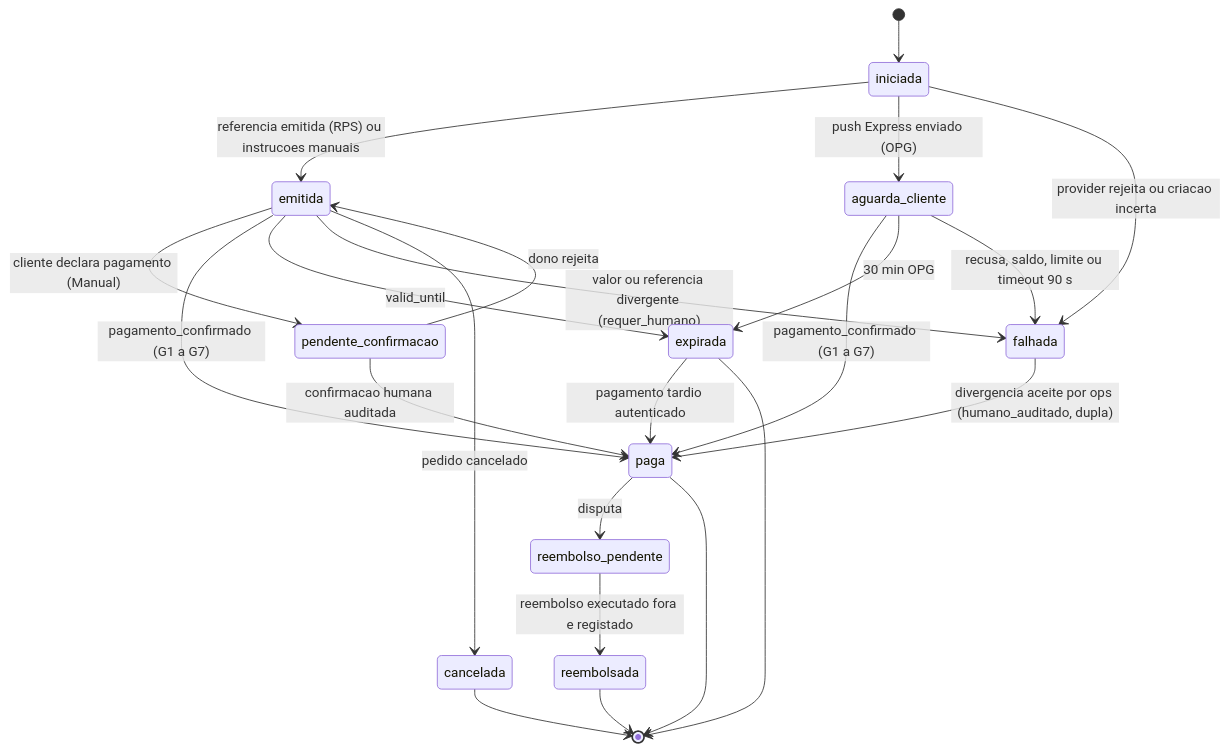
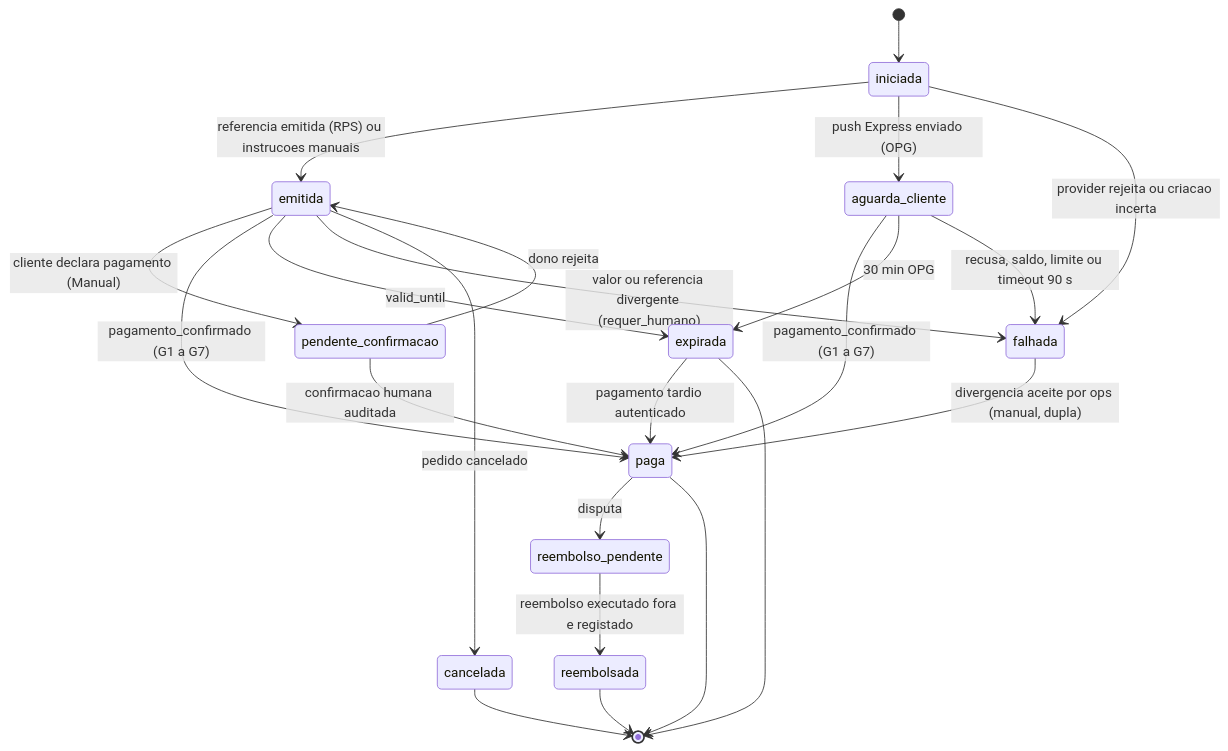
One commit to albinoJimy/kamba-plataforma changed the second of 5 diagrams in docs/tecnica/04_Pagamentos_Liquidacao_AntiFraude.md. Above: the diagram before and after it, drawn with Mermaid. The commit also changed other lines of this file and 5 other files, not shown here.

````diff
--- a/docs/tecnica/04_Pagamentos_Liquidacao_AntiFraude.md
+++ b/docs/tecnica/04_Pagamentos_Liquidacao_AntiFraude.md
@@ -400,25 +402,25 @@
 ```mermaid
 stateDiagram-v2
     [*] --> iniciada
     iniciada --> emitida: referencia emitida (RPS) ou instrucoes manuais
     iniciada --> aguarda_cliente: push Express enviado (OPG)
     iniciada --> falhada: provider rejeita ou criacao incerta
     emitida --> pendente_confirmacao: cliente declara pagamento (Manual)
     pendente_confirmacao --> paga: confirmacao humana auditada
     pendente_confirmacao --> emitida: dono rejeita
     emitida --> paga: pagamento_confirmado (G1 a G7)
     aguarda_cliente --> paga: pagamento_confirmado (G1 a G7)
     emitida --> expirada: valid_until
     aguarda_cliente --> expirada: 30 min OPG
     aguarda_cliente --> falhada: recusa, saldo, limite ou timeout 90 s
     emitida --> falhada: valor ou referencia divergente (requer_humano)
-    falhada --> paga: divergencia aceite por ops (humano_auditado, dupla)
+    falhada --> paga: divergencia aceite por ops (manual, dupla)
     emitida --> cancelada: pedido cancelado
     expirada --> paga: pagamento tardio autenticado
     paga --> reembolso_pendente: disputa
     reembolso_pendente --> reembolsada: reembolso executado fora e registado
     paga --> [*]
     expirada --> [*]
     cancelada --> [*]
     reembolsada --> [*]
 ```
````
